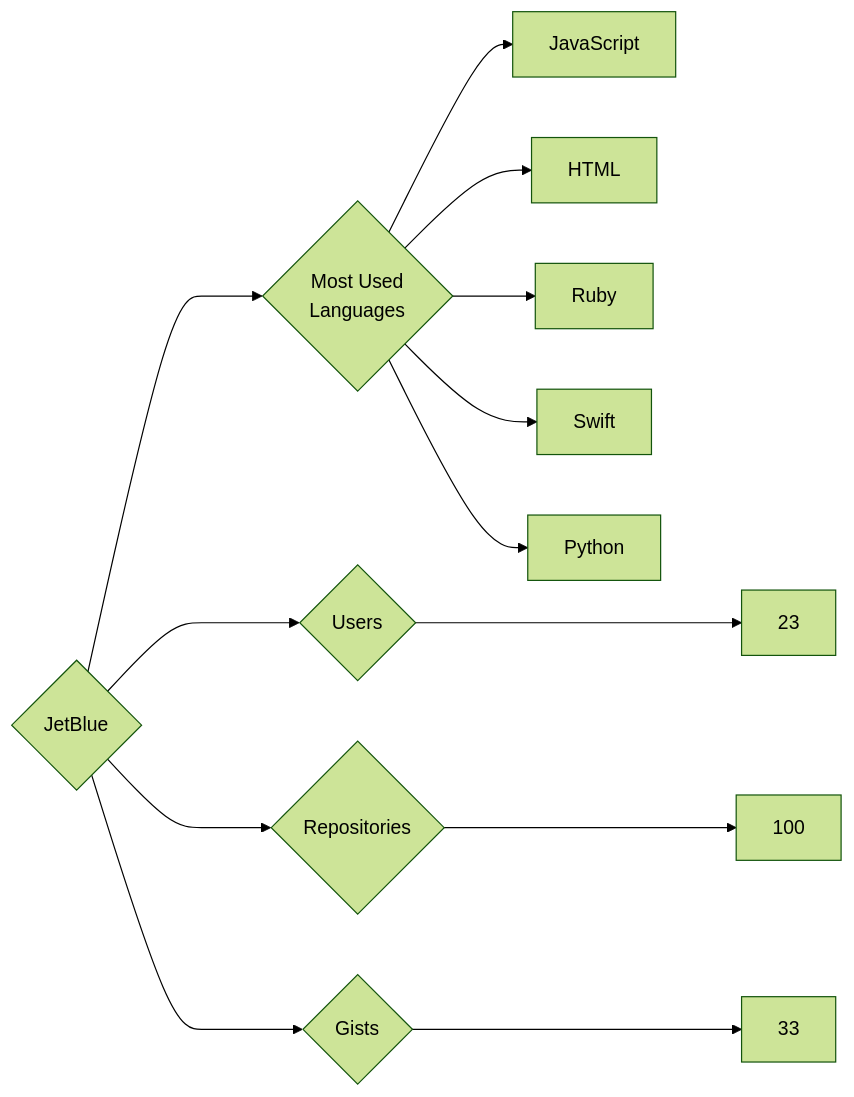
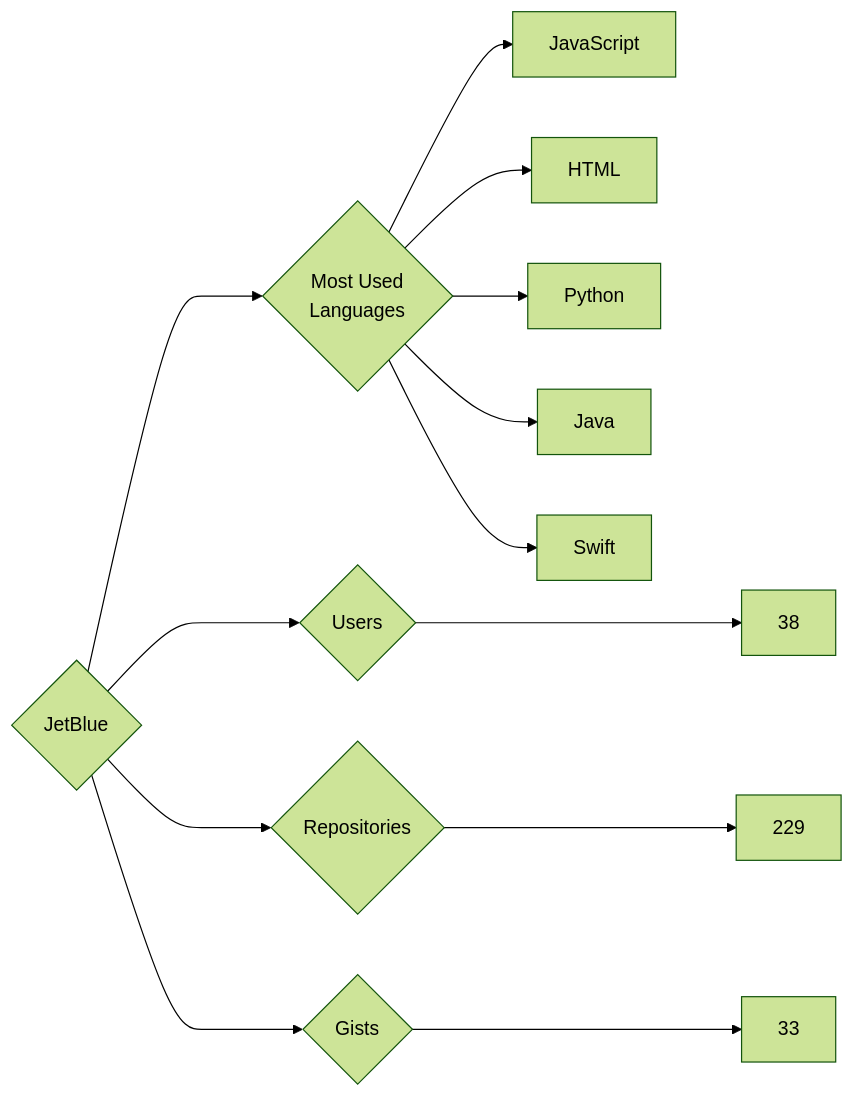
The diagram in targets/JetBlue/README.md (trickest/insiders), drawn with Mermaid (forest theme) before and after one commit. The commit also changed 644 other files, not shown here.

````diff
--- a/targets/JetBlue/README.md
+++ b/targets/JetBlue/README.md
@@ -3,13 +3,13 @@
 ```mermaid
 graph LR
 COMPANY_NAME{JetBlue}
-COMPANY_NAME ---> U{Users} ---> UN[23]
-COMPANY_NAME ---> R{Repositories} ---> RN[100]
+COMPANY_NAME ---> U{Users} ---> UN[38]
+COMPANY_NAME ---> R{Repositories} ---> RN[229]
 COMPANY_NAME ---> G{Gists} ---> GN[33]
 COMPANY_NAME ---> ML{Most Used<br>Languages}
 ML --> JavaScript[JavaScript]
 ML --> HTML[HTML]
-ML --> Ruby[Ruby]
+ML --> Python[Python]
+ML --> Java[Java]
 ML --> Swift[Swift]
-ML --> Python[Python]
 ```
````
